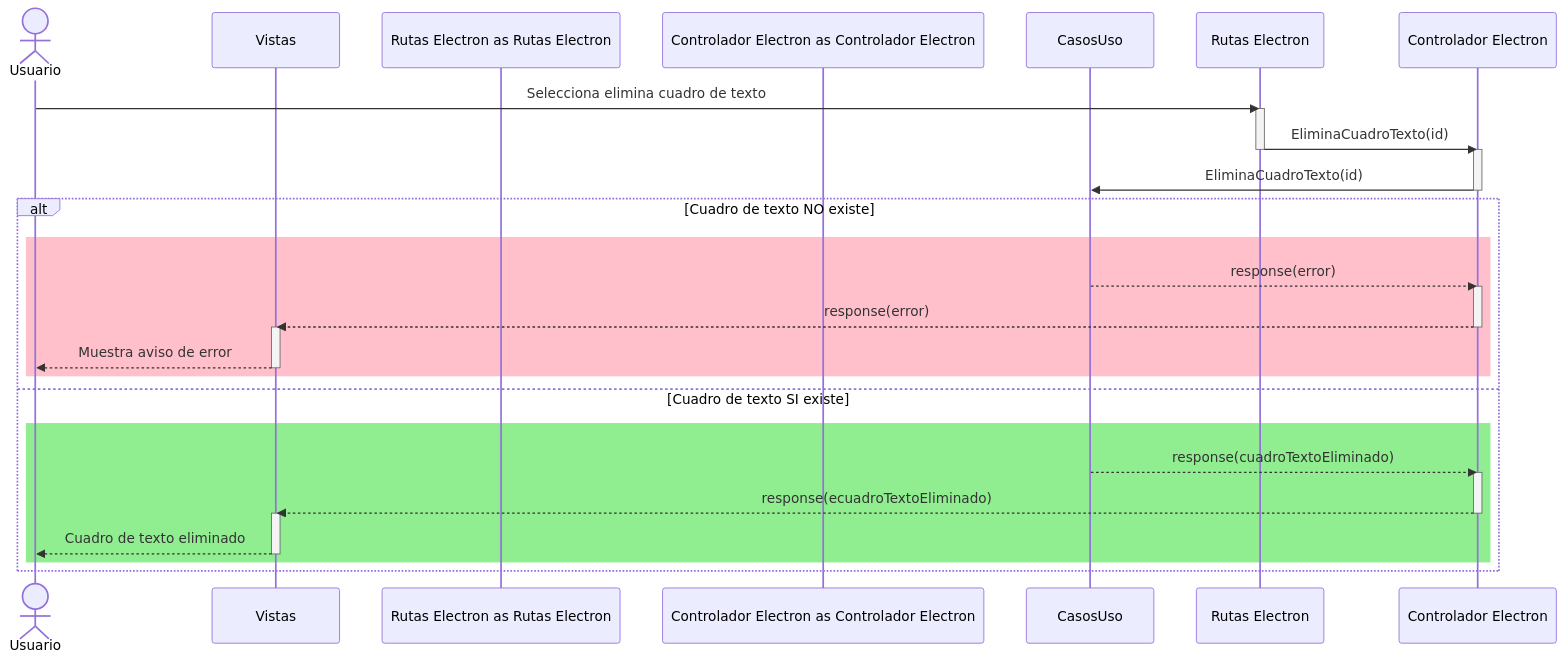
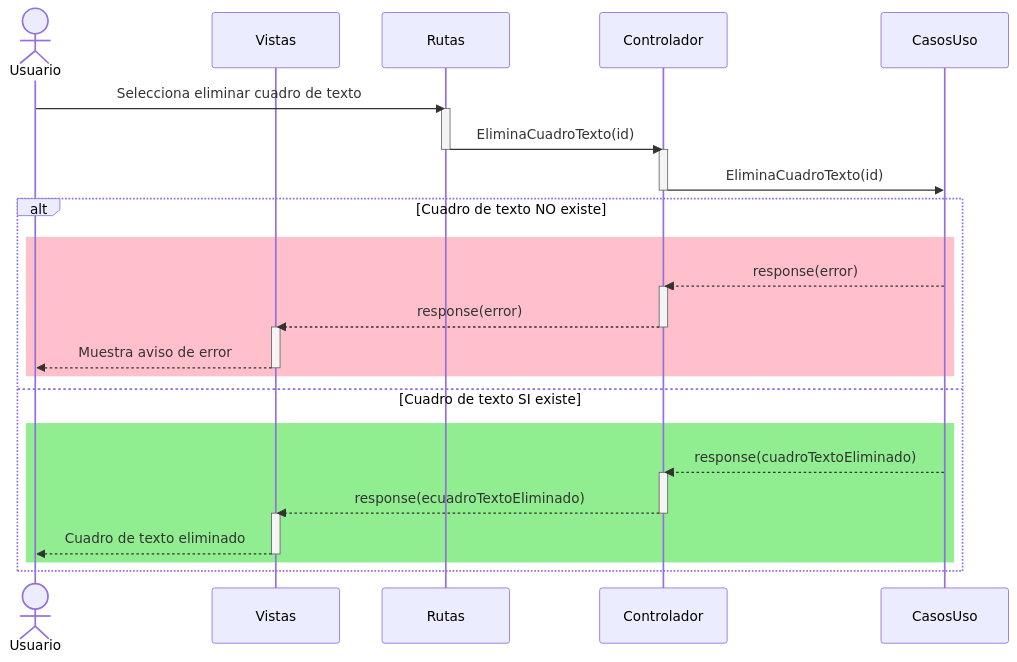
One commit to CodeAnd-Co/Documentacion changed the diagram in documentation/docs/proyectos/tractores/documentacion/requisitos/RF19.md. Above: the diagram before and after it, drawn with Mermaid. The commit also changed other lines of this file, not shown here.

Commit message:
Corregir Participantes del Diagrama

````diff
--- a/documentation/docs/proyectos/tractores/documentacion/requisitos/RF19.md
+++ b/documentation/docs/proyectos/tractores/documentacion/requisitos/RF19.md
@@ -22,44 +23,44 @@
 ```mermaid
 sequenceDiagram
-  actor Usuario as Usuario
-  participant Vistas as Vistas
-  participant Rutas Electron as Rutas Electron
-  participant Controlador Electron as Controlador Electron
-  participant CasosUso as CasosUso
+  actor Usuario
+  participant Vistas
+  participant Rutas
+  participant Controlador
+  participant CasosUso
 
-  Usuario ->> Rutas Electron: Selecciona elimina cuadro de texto
+  Usuario ->> Rutas: Selecciona eliminar cuadro de texto
 
-  activate Rutas Electron
-  Rutas Electron ->> Controlador Electron: EliminaCuadroTexto(id)
-  deactivate Rutas Electron
+  activate Rutas
+  Rutas ->> Controlador: EliminaCuadroTexto(id)
+  deactivate Rutas
 
-  activate Controlador Electron
-  Controlador Electron ->> CasosUso: EliminaCuadroTexto(id)
-  deactivate Controlador Electron
+  activate Controlador
+  Controlador ->> CasosUso: EliminaCuadroTexto(id)
+  deactivate Controlador
 
   alt Cuadro de texto NO existe
     rect pink
-      CasosUso -->> Controlador Electron: response(error)
+      CasosUso -->> Controlador: response(error)
 
-      activate Controlador Electron
-      Controlador Electron -->> Vistas: response(error)
-      deactivate Controlador Electron
+      activate Controlador
+      Controlador -->> Vistas: response(error)
+      deactivate Controlador
 
       activate Vistas
       Vistas -->> Usuario: Muestra aviso de error
       deactivate Vistas
     end
   else Cuadro de texto SI existe
     rect lightgreen
-      CasosUso -->> Controlador Electron: response(cuadroTextoEliminado)
+      CasosUso -->> Controlador: response(cuadroTextoEliminado)
 
-      activate Controlador Electron
-      Controlador Electron -->> Vistas: response(ecuadroTextoEliminado)
-      deactivate Controlador Electron
+      activate Controlador
+      Controlador -->> Vistas: response(ecuadroTextoEliminado)
+      deactivate Controlador
 
       activate Vistas
       Vistas -->> Usuario: Cuadro de texto eliminado
       deactivate Vistas
     end
   end
 ```
````
